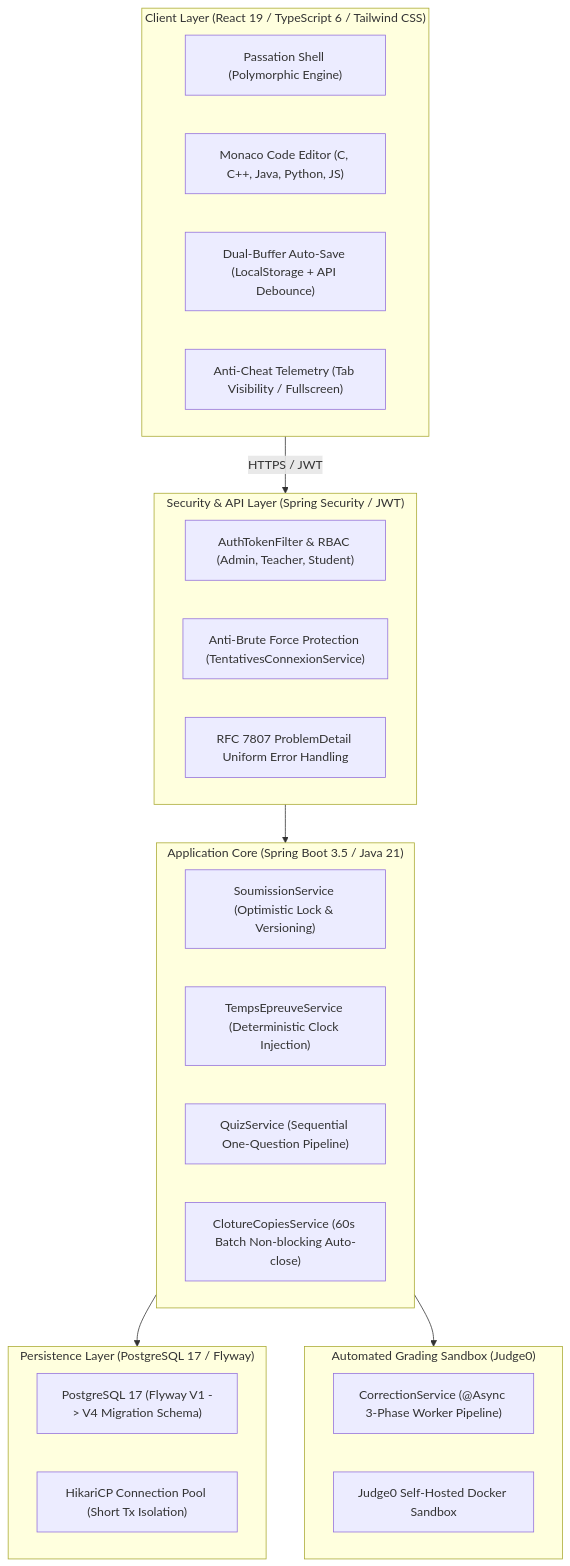
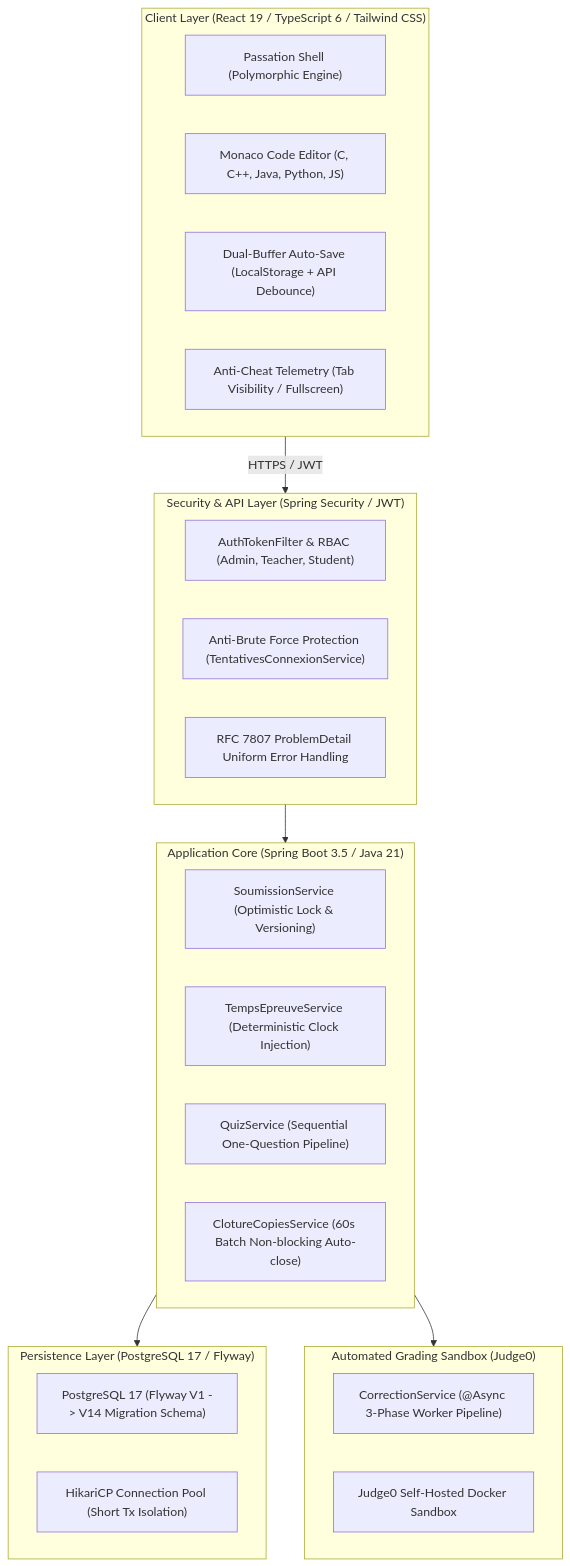
Before and after one commit to MorLeye75/eval-platform: the diagram in README.md, drawn with Mermaid. The commit also changed other lines of this file, not shown here.

````diff
--- a/README.md
+++ b/README.md
@@ -20,37 +20,37 @@
 ```mermaid
 flowchart TD
     subgraph Client ["Client Layer (React 19 / TypeScript 6 / Tailwind CSS)"]
         A["Passation Shell (Polymorphic Engine)"]
         B["Monaco Code Editor (C, C++, Java, Python, JS)"]
         C["Dual-Buffer Auto-Save (LocalStorage + API Debounce)"]
         D["Anti-Cheat Telemetry (Tab Visibility / Fullscreen)"]
     end
 
     subgraph Gateway ["Security & API Layer (Spring Security / JWT)"]
         E["AuthTokenFilter & RBAC (Admin, Teacher, Student)"]
         F["Anti-Brute Force Protection (TentativesConnexionService)"]
         G["RFC 7807 ProblemDetail Uniform Error Handling"]
     end
 
     subgraph Core ["Application Core (Spring Boot 3.5 / Java 21)"]
         H["SoumissionService (Optimistic Lock & Versioning)"]
         I["TempsEpreuveService (Deterministic Clock Injection)"]
         J["QuizService (Sequential One-Question Pipeline)"]
         K["ClotureCopiesService (60s Batch Non-blocking Auto-close)"]
     end
 
     subgraph Sandbox ["Automated Grading Sandbox (Judge0)"]
         L["CorrectionService (@Async 3-Phase Worker Pipeline)"]
         M["Judge0 Self-Hosted Docker Sandbox"]
     end
 
     subgraph Data ["Persistence Layer (PostgreSQL 17 / Flyway)"]
-        N["PostgreSQL 17 (Flyway V1 -> V4 Migration Schema)"]
+        N["PostgreSQL 17 (Flyway V1 -> V14 Migration Schema)"]
         O["HikariCP Connection Pool (Short Tx Isolation)"]
     end
 
     Client -->|HTTPS / JWT| Gateway
     Gateway --> Core
     Core --> Data
     Core --> Sandbox
 ```
````
